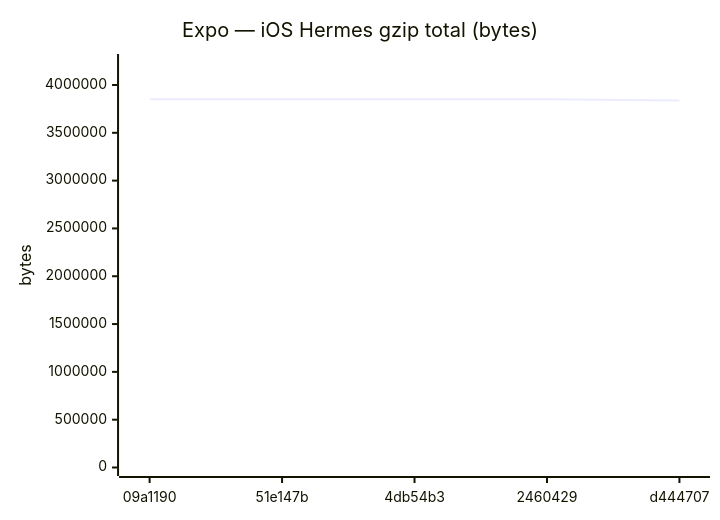
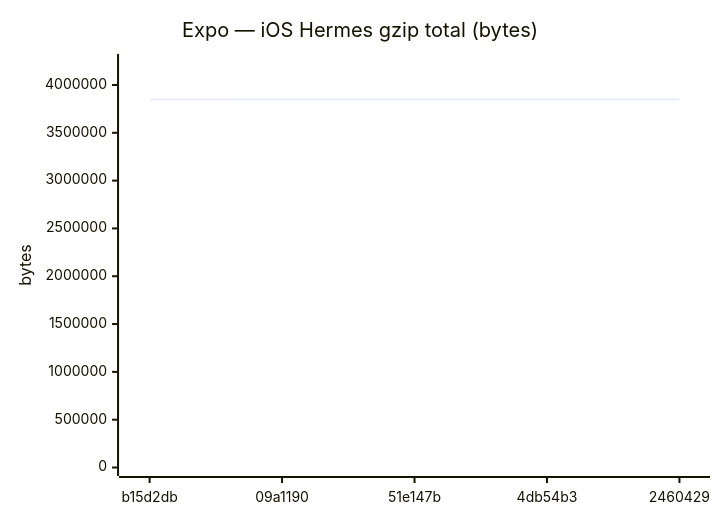
One commit to Metaheurist/Rianell changed diagram 12 of 18 in benchmarks/compare.md. Above: the diagram before and after it, drawn with Mermaid. The commit also changed other lines of this file and 11 other files, not shown here.

````diff
--- a/benchmarks/compare.md
+++ b/benchmarks/compare.md
@@ -179,7 +179,7 @@
 ```mermaid
 xychart-beta
     title "Expo — iOS Hermes gzip total (bytes)"
-    x-axis ["09a1190", "51e147b", "4db54b3", "2460429", "d444707"]
+    x-axis ["b15d2db", "09a1190", "51e147b", "4db54b3", "2460429"]
     y-axis "bytes" 0 --> 4235116
-    line [3850104, 3850105, 3850105, 3850104, 3837764]
+    line [3849366, 3850104, 3850105, 3850105, 3850104]
 ```
````
